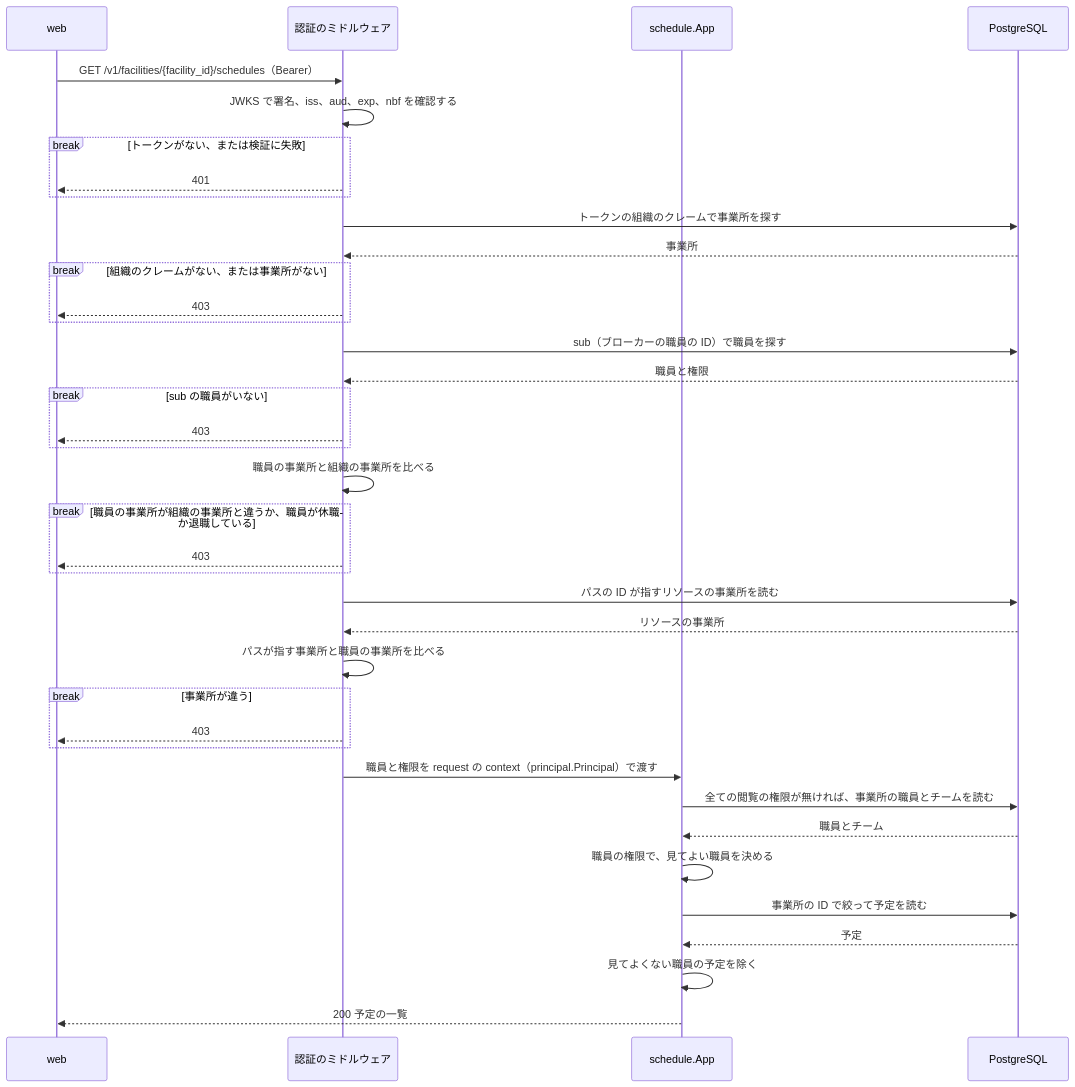
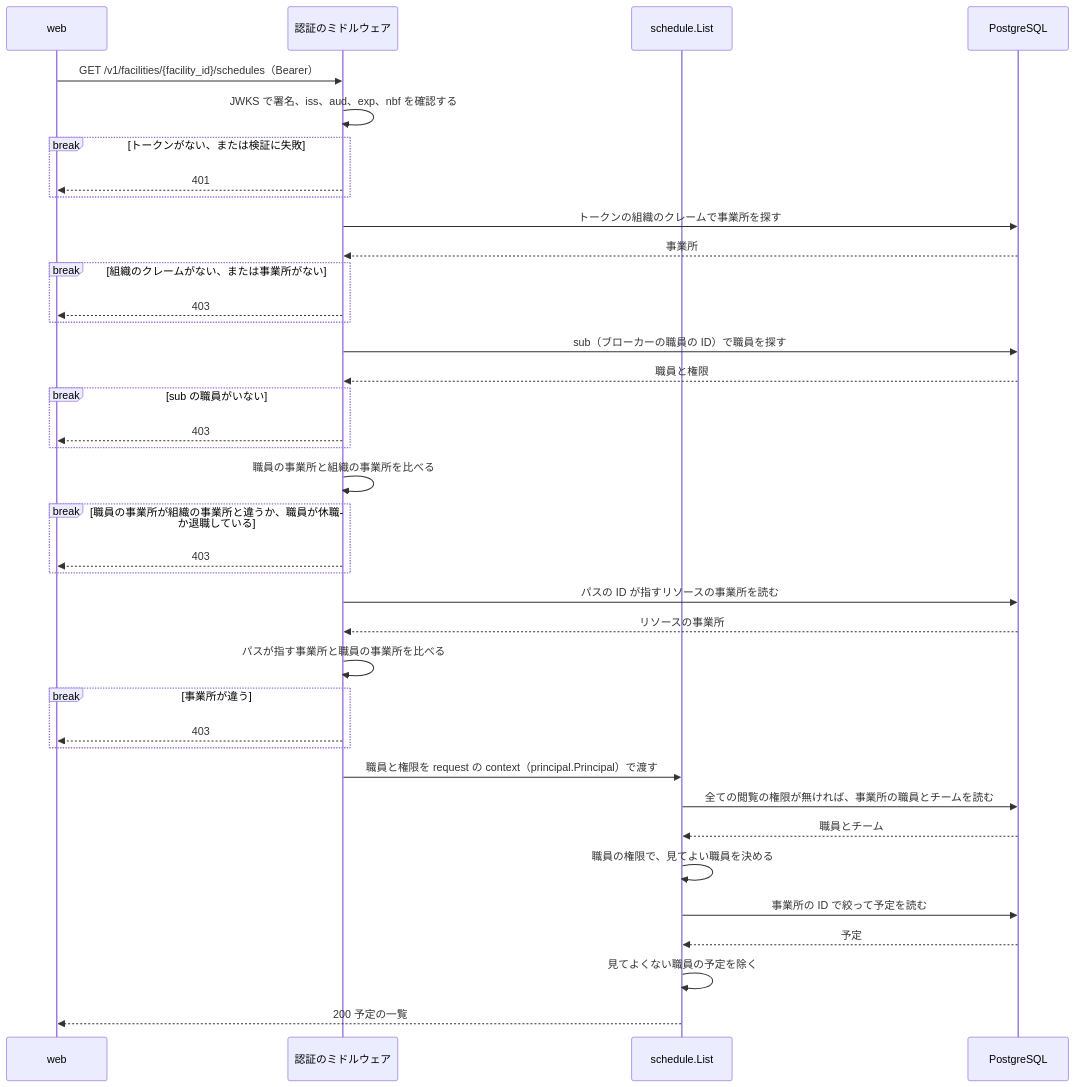
One commit to Fukuemon/buddy changed the second of 2 diagrams in services/schedule/DesignDoc.md. Above: the diagram before and after it, drawn with Mermaid. The commit also changed other lines of this file and 20 other files, not shown here.

````diff
--- a/services/schedule/DesignDoc.md
+++ b/services/schedule/DesignDoc.md
@@ -234,41 +234,41 @@
 ```mermaid
 sequenceDiagram
   participant W as web
   participant M as 認証のミドルウェア
-  participant U as schedule.App
+  participant U as schedule.List
   participant DB as PostgreSQL
 
   W->>M: GET /v1/facilities/{facility_id}/schedules（Bearer）
   M->>M: JWKS で署名、iss、aud、exp、nbf を確認する
   break トークンがない、または検証に失敗
     M-->>W: 401
   end
   M->>DB: トークンの組織のクレームで事業所を探す
   DB-->>M: 事業所
   break 組織のクレームがない、または事業所がない
     M-->>W: 403
   end
   M->>DB: sub（ブローカーの職員の ID）で職員を探す
   DB-->>M: 職員と権限
   break sub の職員がいない
     M-->>W: 403
   end
   M->>M: 職員の事業所と組織の事業所を比べる
   break 職員の事業所が組織の事業所と違うか、職員が休職か退職している
     M-->>W: 403
   end
   M->>DB: パスの ID が指すリソースの事業所を読む
   DB-->>M: リソースの事業所
   M->>M: パスが指す事業所と職員の事業所を比べる
   break 事業所が違う
     M-->>W: 403
   end
   M->>U: 職員と権限を request の context（principal.Principal）で渡す
   U->>DB: 全ての閲覧の権限が無ければ、事業所の職員とチームを読む
   DB-->>U: 職員とチーム
   U->>U: 職員の権限で、見てよい職員を決める
   U->>DB: 事業所の ID で絞って予定を読む
   DB-->>U: 予定
   U->>U: 見てよくない職員の予定を除く
   U-->>W: 200 予定の一覧
 ```
````
